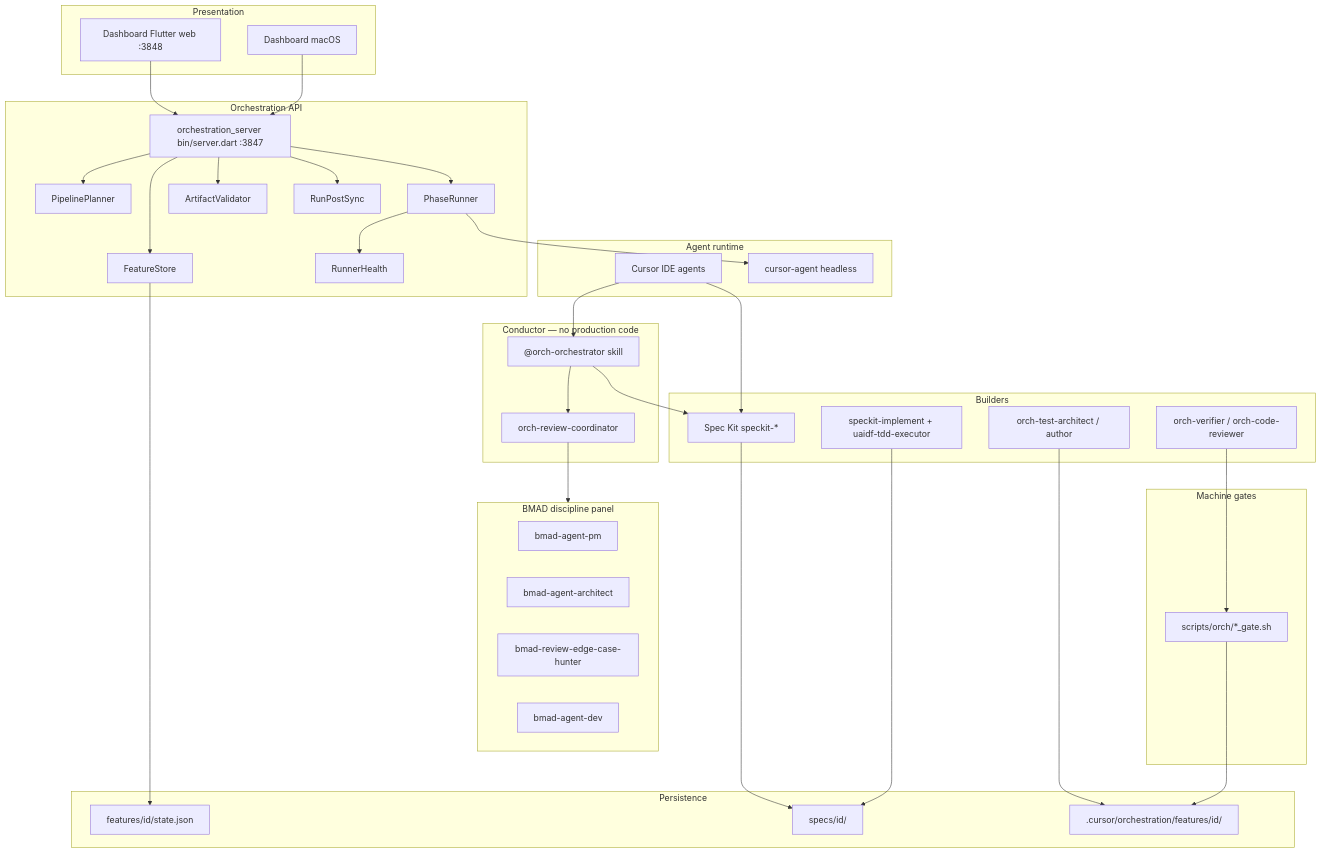
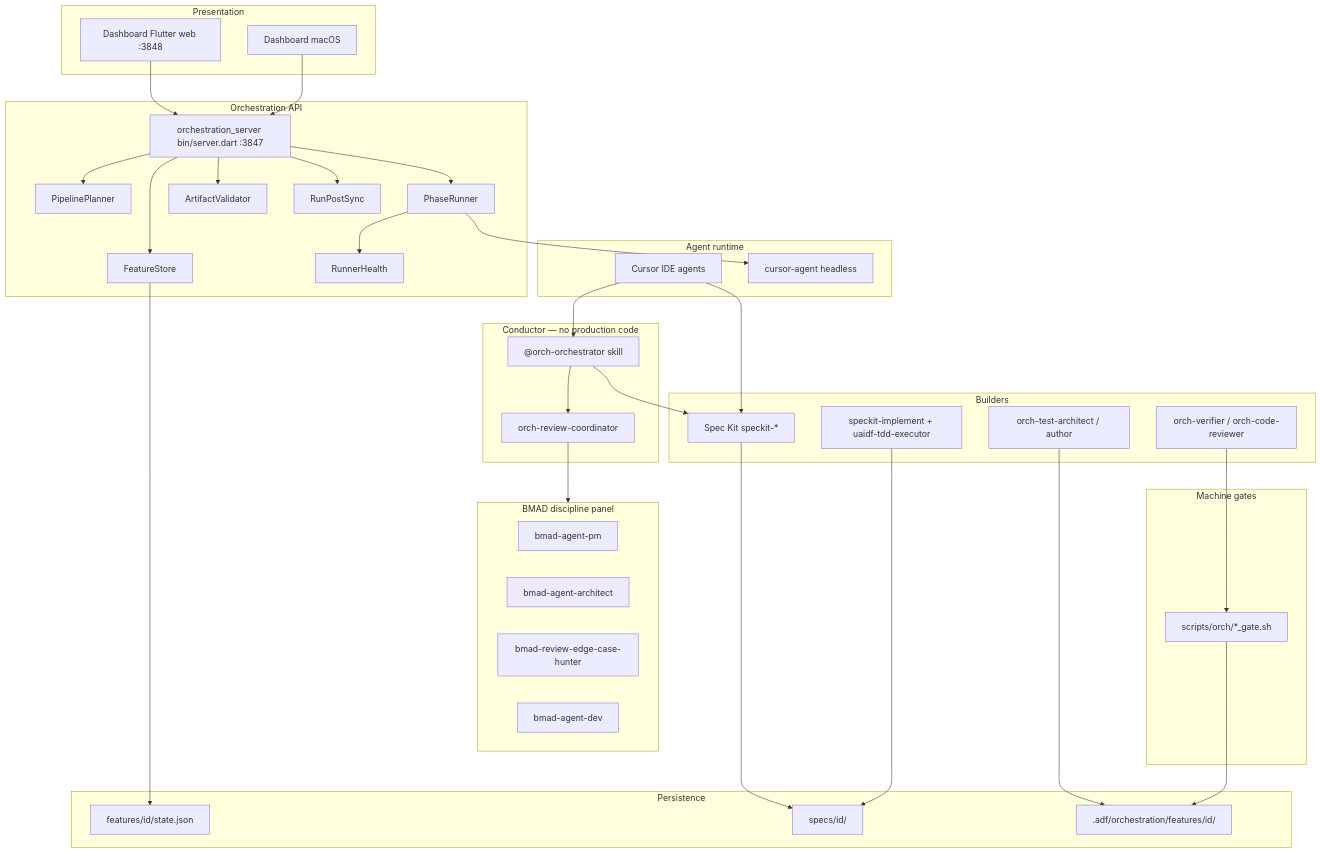
Before and after one commit to varunkan/adf-framework: the first of 2 diagrams in orchestration/ARCHITECTURE.md, drawn with Mermaid. The commit also changed other lines of this file and 72 other files, not shown here.

````diff
--- a/orchestration/ARCHITECTURE.md
+++ b/orchestration/ARCHITECTURE.md
@@ -24,72 +24,72 @@
 ```mermaid
 flowchart TB
   subgraph presentation [Presentation]
     WebDash["Dashboard Flutter web :3848"]
     MacDash["Dashboard macOS"]
   end
 
   subgraph api [Orchestration API]
     Server["orchestration_server bin/server.dart :3847"]
     FeatureStore[FeatureStore]
     PipelinePlanner[PipelinePlanner]
     PhaseRunner[PhaseRunner]
     ArtifactValidator[ArtifactValidator]
     RunPostSync[RunPostSync]
     RunnerHealth[RunnerHealth]
   end
 
   subgraph conductor [Conductor — no production code]
     OrchSkill["@orch-orchestrator skill"]
     ReviewCoord[orch-review-coordinator]
   end
 
   subgraph builders [Builders]
     SpecKit["Spec Kit speckit-*"]
     OrchTest["orch-test-architect / author"]
     Implement["speckit-implement + uaidf-tdd-executor"]
     Verifier[orch-verifier / orch-code-reviewer]
   end
 
   subgraph reviewers [BMAD discipline panel]
     PM[bmad-agent-pm]
     Arch[bmad-agent-architect]
     QA[bmad-review-edge-case-hunter]
     Dev[bmad-agent-dev]
   end
 
   subgraph gates [Machine gates]
     Scripts["scripts/orch/*_gate.sh"]
   end
 
   subgraph persistence [Persistence]
     State["features/id/state.json"]
     Specs["specs/id/"]
-    OrchArt[".cursor/orchestration/features/id/"]
+    OrchArt[".adf/orchestration/features/id/"]
   end
 
   subgraph runtime [Agent runtime]
     CursorIDE[Cursor IDE agents]
     CursorCLI["cursor-agent headless"]
   end
 
   WebDash --> Server
   MacDash --> Server
   Server --> FeatureStore
   Server --> PipelinePlanner
   Server --> PhaseRunner
   Server --> ArtifactValidator
   Server --> RunPostSync
   PhaseRunner --> RunnerHealth
   PhaseRunner --> CursorCLI
   OrchSkill --> ReviewCoord
   OrchSkill --> SpecKit
   ReviewCoord --> reviewers
   SpecKit --> Specs
   OrchTest --> OrchArt
   Implement --> Specs
   Verifier --> Scripts
   Scripts --> OrchArt
   FeatureStore --> State
   CursorIDE --> OrchSkill
   CursorIDE --> SpecKit
 ```
````
